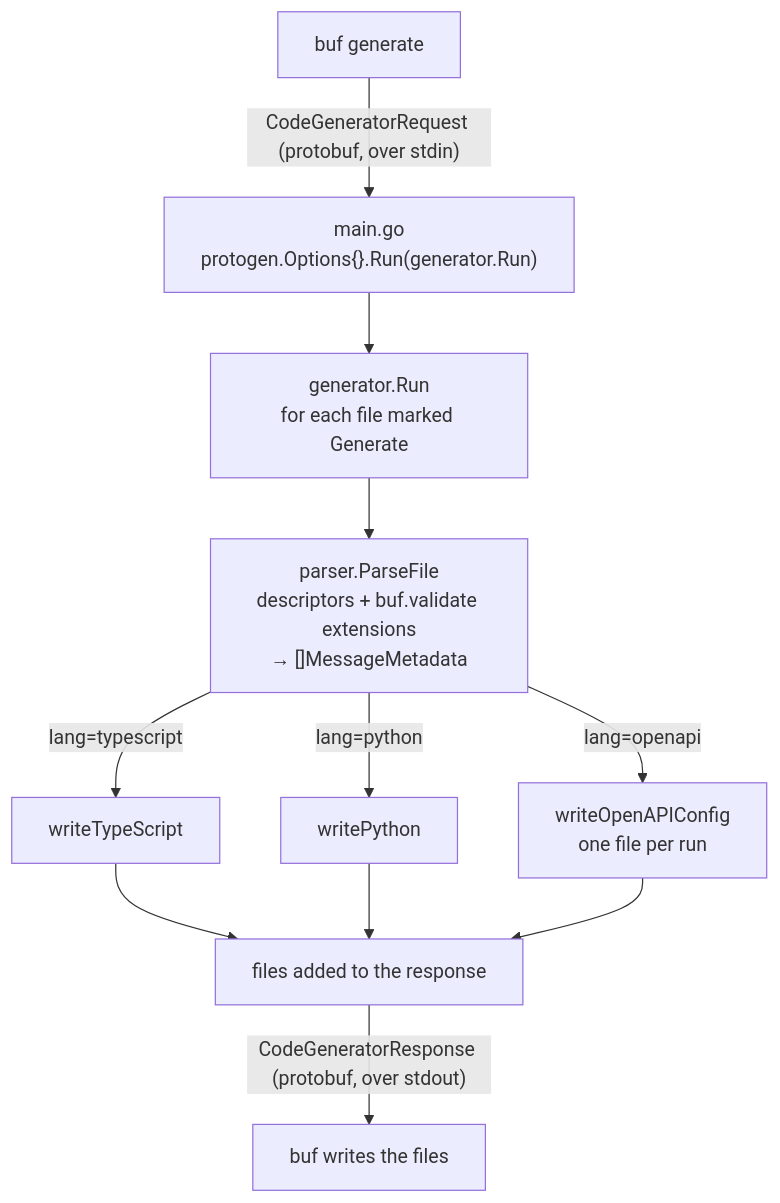
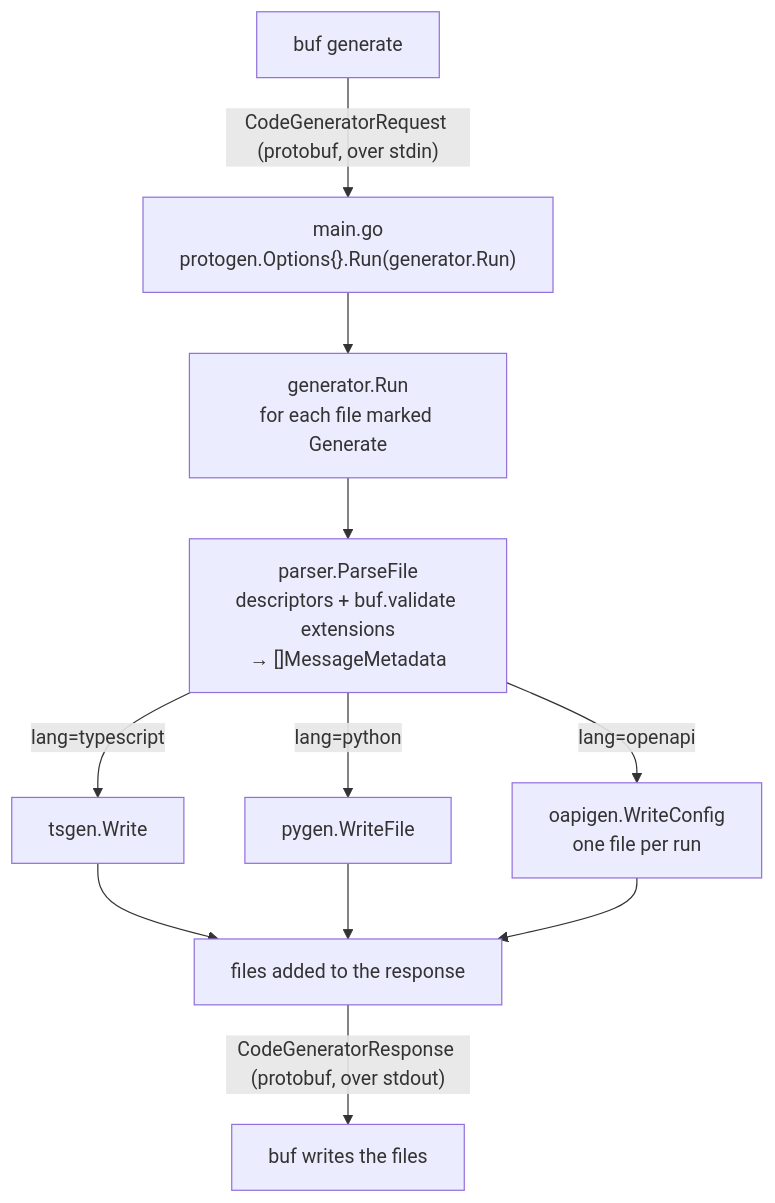
One commit to d0whc3r/protoc-gen-strict changed the diagram in docs/internals.md. Above: the diagram before and after it, drawn with Mermaid. The commit also changed other lines of this file and 48 other files, not shown here.

````diff
--- a/docs/internals.md
+++ b/docs/internals.md
@@ -7,23 +7,23 @@
 ```mermaid
 flowchart TD
     buf["buf generate"]
     main["main.go<br>protogen.Options{}.Run(generator.Run)"]
     run["generator.Run<br>for each file marked Generate"]
     parse["parser.ParseFile<br>descriptors + buf.validate extensions<br>→ []MessageMetadata"]
-    ts["writeTypeScript"]
-    py["writePython"]
-    api["writeOpenAPIConfig<br>one file per run"]
+    ts["tsgen.Write"]
+    py["pygen.WriteFile"]
+    api["oapigen.WriteConfig<br>one file per run"]
     resp["files added to the response"]
     out["buf writes the files"]
 
     buf -->|"CodeGeneratorRequest (protobuf, over stdin)"| main
     main --> run
     run --> parse
     parse -->|"lang=typescript"| ts
     parse -->|"lang=python"| py
     parse -->|"lang=openapi"| api
     ts --> resp
     py --> resp
     api --> resp
     resp -->|"CodeGeneratorResponse (protobuf, over stdout)"| out
 ```
````
